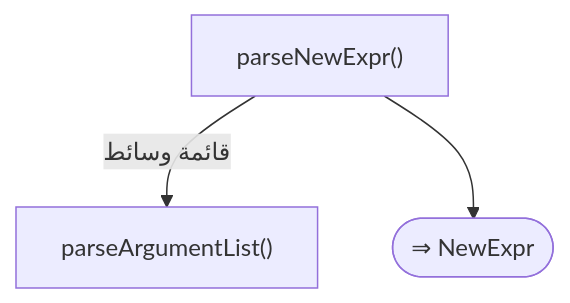
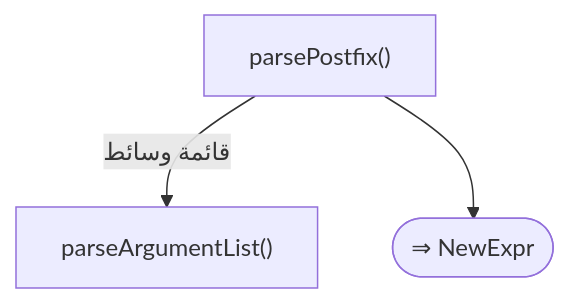
Before and after one commit to sadlang/sadlang: diagram 30 of 33 in docs/parser_rule/_generated/30_oop.md, drawn with Mermaid. The commit also changed other lines of this file and 593 other files, not shown here.

````diff
--- a/docs/parser_rule/_generated/30_oop.md
+++ b/docs/parser_rule/_generated/30_oop.md
@@ -1115,8 +1263,8 @@
 ```mermaid
 flowchart TD
-  f1["parseNewExpr()"]
+  f1["parsePostfix()"]
   f2["parseArgumentList()"]
   f1 -- "قائمة وسائط" --> f2
   f3(["⇒ NewExpr"])
   f1 --> f3
 ```
````
